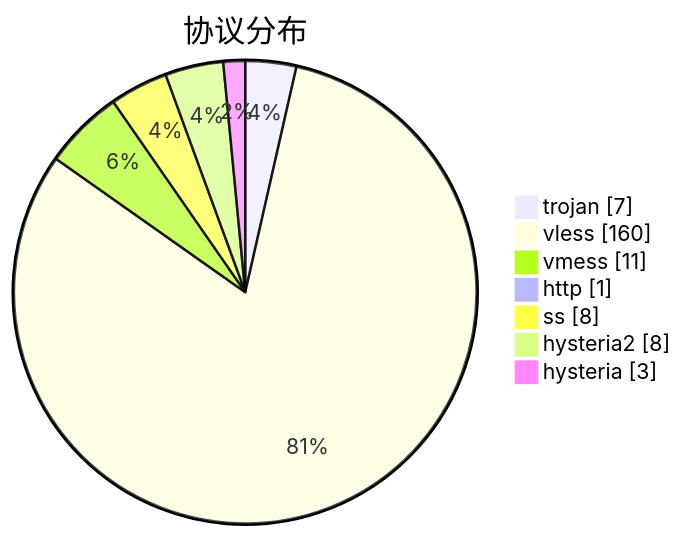
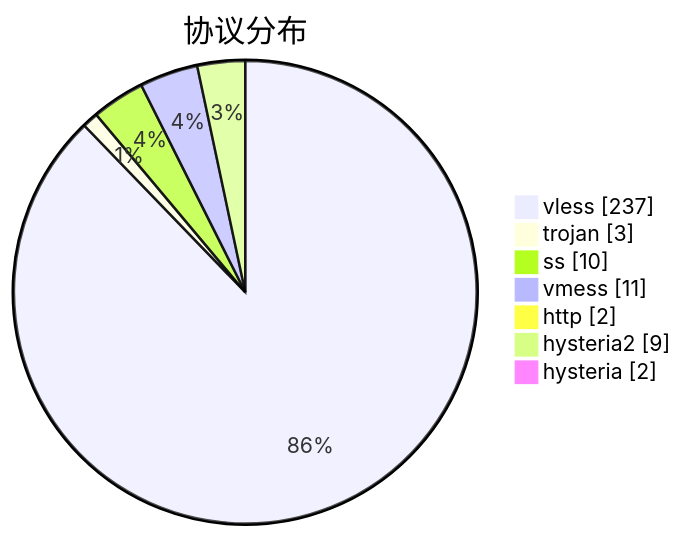
The third of 3 diagrams in subs/statistics/tested_within.md (sinspired/airport), drawn with Mermaid before and after one commit. The commit also changed other lines of this file and 2 other files, not shown here.

````diff
--- a/subs/statistics/tested_within.md
+++ b/subs/statistics/tested_within.md
@@ -32,11 +36,11 @@
 ```mermaid
 pie showData
 title 协议分布
-"trojan" : 7
-"vless" : 160
+"vless" : 237
+"trojan" : 3
+"ss" : 10
 "vmess" : 11
-"http" : 1
-"ss" : 8
-"hysteria2" : 8
-"hysteria" : 3
+"http" : 2
+"hysteria2" : 9
+"hysteria" : 2
 ```
````
